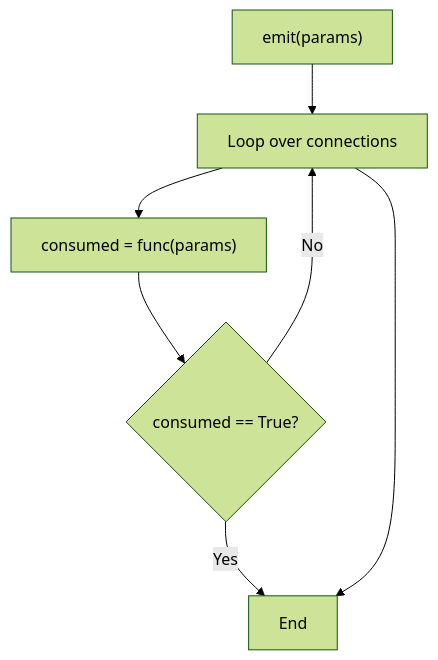
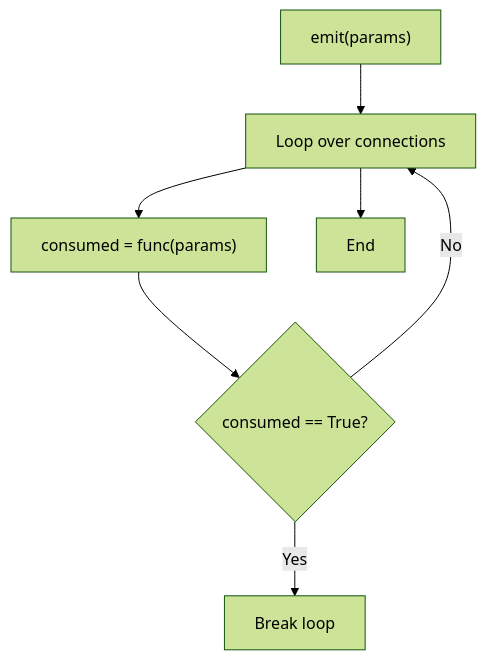
One commit to Askemanden/dasSpiel changed diagram 16 of 16 in README.md. Above: the diagram before and after it, drawn with Mermaid (forest theme). The commit also changed other lines of this file, not shown here.

Commit message:
Fix duplicate values in flowchart

````diff
--- a/README.md
+++ b/README.md
@@ -669,9 +669,9 @@
 ```mermaid
 flowchart TD
     A["emit(params)"] --> B["Loop over connections"]
     B --> C["consumed = func(params)"]
     C --> D{"consumed == True?"}
-    D -- Yes --> Z["Break loop"]
+    D -- Yes --> Y["Break loop"]
     D -- No --> B
     B --> Z["End"]
 ```
````
